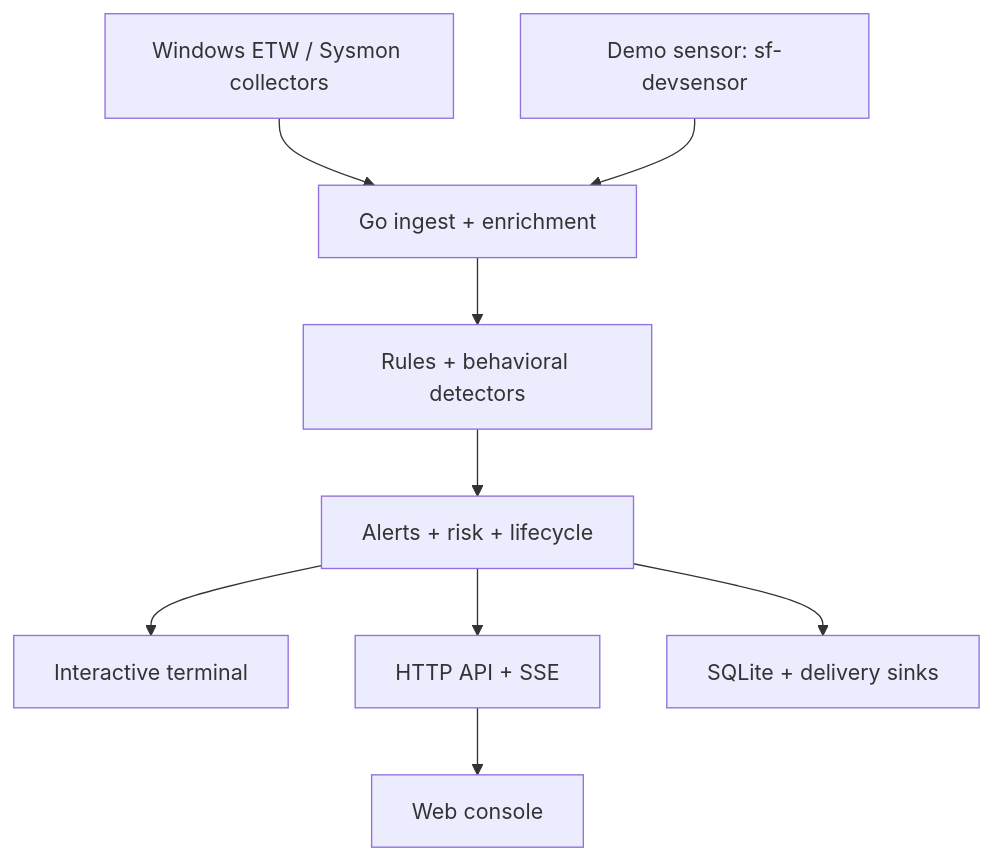
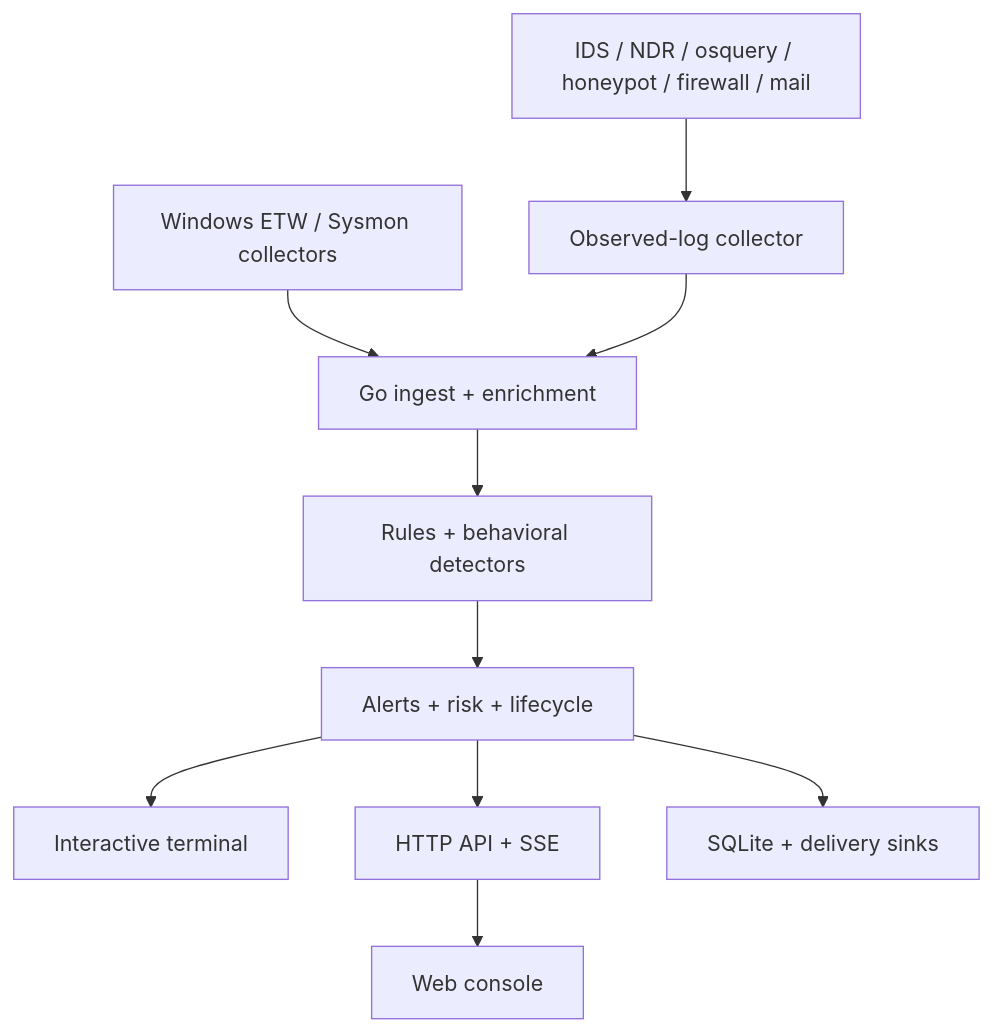
The diagram in README.md (Ruby570bocadito/bluetardigrade), drawn with Mermaid before and after one commit. The commit also changed other lines of this file and 35 other files, not shown here.

````diff
--- a/README.md
+++ b/README.md
@@ -236,11 +229,12 @@
 ```mermaid
 flowchart TD
     W["Windows ETW / Sysmon collectors"] --> I["Go ingest + enrichment"]
-    D["Demo sensor: sf-devsensor"] --> I
+    L["IDS / NDR / osquery / honeypot / firewall / mail"] --> G["Observed-log collector"]
+    G --> I
     I --> R["Rules + behavioral detectors"]
     R --> A["Alerts + risk + lifecycle"]
     A --> T["Interactive terminal"]
     A --> P["HTTP API + SSE"]
     A --> S["SQLite + delivery sinks"]
     P --> C["Web console"]
 ```
````
